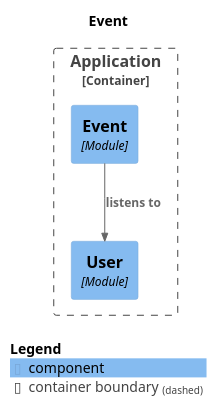
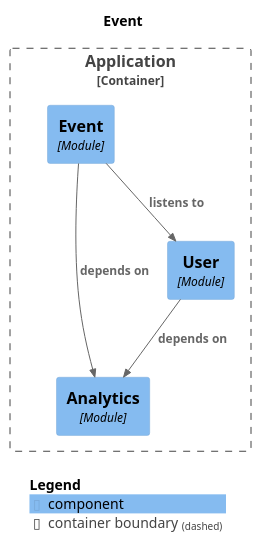
The diagram in documentation/module-event.puml (Spring-Boot-Microservices-2024/project), drawn with PlantUML before and after one commit. The commit also changed 9 other files, not shown here.

```diff
--- a/documentation/module-event.puml
+++ b/documentation/module-event.puml
@@ -1,19 +1,22 @@
 @startuml
 set separator none
 title Event
 
 top to bottom direction
 
 !include <C4/C4>
 !include <C4/C4_Context>
 !include <C4/C4_Component>
 
 Container_Boundary("Application.Application_boundary", "Application", $tags="") {
+  Component(Application.Application.Analytics, "Analytics", $techn="Module", $descr="", $tags="", $link="")
   Component(Application.Application.Event, "Event", $techn="Module", $descr="", $tags="", $link="")
   Component(Application.Application.User, "User", $techn="Module", $descr="", $tags="", $link="")
 }
 
+Rel(Application.Application.User, Application.Application.Analytics, "depends on", $techn="", $tags="", $link="")
 Rel(Application.Application.Event, Application.Application.User, "listens to", $techn="", $tags="", $link="")
+Rel(Application.Application.Event, Application.Application.Analytics, "depends on", $techn="", $tags="", $link="")
 
 SHOW_LEGEND(true)
 @enduml
```
